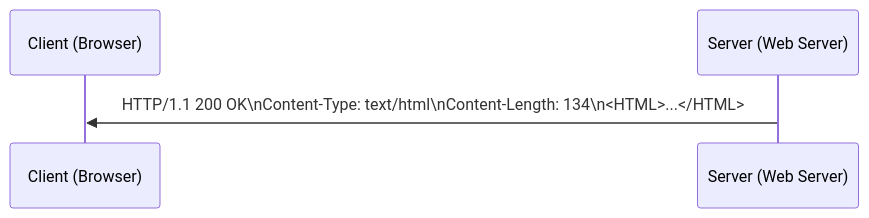
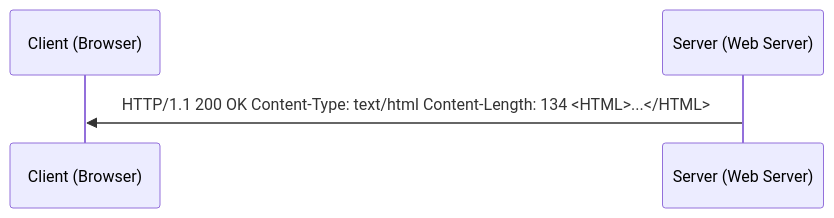
Before and after one commit to imdeepmind/imdeepmind.github.io: the sixth of 8 diagrams in docs/networking/protocols/layer-7/http.md, drawn with Mermaid. The commit also changed other lines of this file, not shown here.

Commit message:
docs(networking): IMDEEPMIND-28: updated the http docs

````diff
--- a/docs/networking/protocols/layer-7/http.md
+++ b/docs/networking/protocols/layer-7/http.md
@@ -343,7 +367,7 @@
-    ```mermaid
-    sequenceDiagram
-        participant Client as Client (Browser)
-        participant Server as Server (Web Server)
+```mermaid
+sequenceDiagram
+    participant Client as Client (Browser)
+    participant Server as Server (Web Server)
 
-        Server->>Client: HTTP/1.1 200 OK\nContent-Type: text/html\nContent-Length: 134\n<HTML>...</HTML>
-    ```
+    Server->>Client: HTTP/1.1 200 OK Content-Type: text/html Content-Length: 134 <HTML>...</HTML>
+```
````
